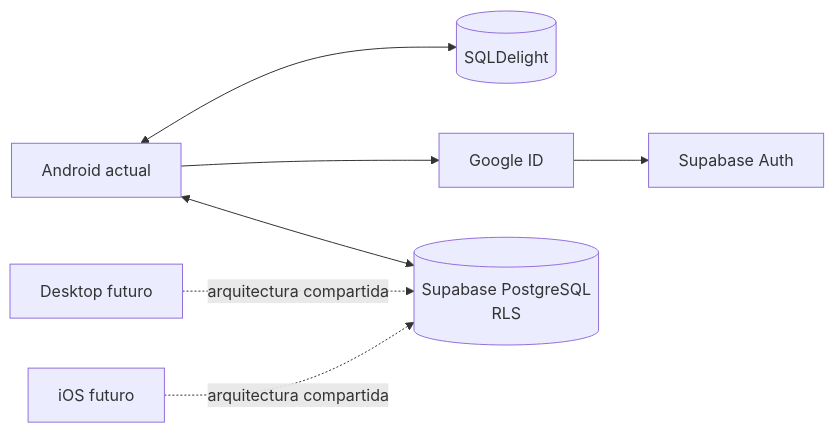
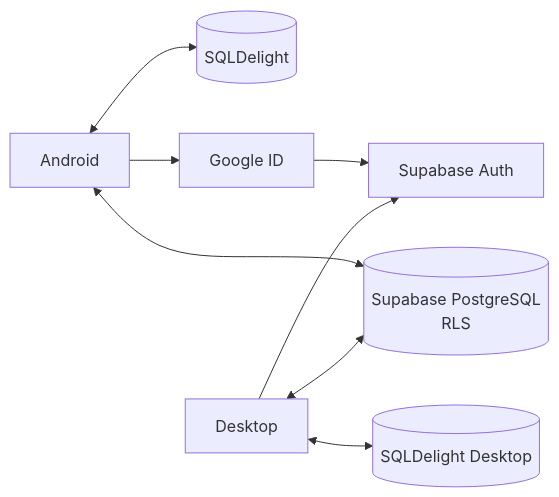
Before and after one commit to asensiodev/Carbura: the second of 3 diagrams in readme.md, drawn with Mermaid. The commit also changed other lines of this file and 26 other files, not shown here.

````diff
--- a/readme.md
+++ b/readme.md
@@ -236,9 +251,10 @@
 ```mermaid
 flowchart LR
-    Android[Android actual] <--> LocalDB[(SQLDelight)]
+    Android[Android] <--> LocalDB[(SQLDelight)]
+    Desktop[Desktop] <--> DesktopDB[(SQLDelight Desktop)]
     Android --> GoogleID[Google ID]
     GoogleID --> SupabaseAuth[Supabase Auth]
     Android <--> SupabaseDB[(Supabase PostgreSQL\nRLS)]
-    Desktop[Desktop futuro] -. arquitectura compartida .-> SupabaseDB
-    IOS[iOS futuro] -. arquitectura compartida .-> SupabaseDB
+    Desktop <--> SupabaseDB
+    Desktop --> SupabaseAuth
 ```
````
